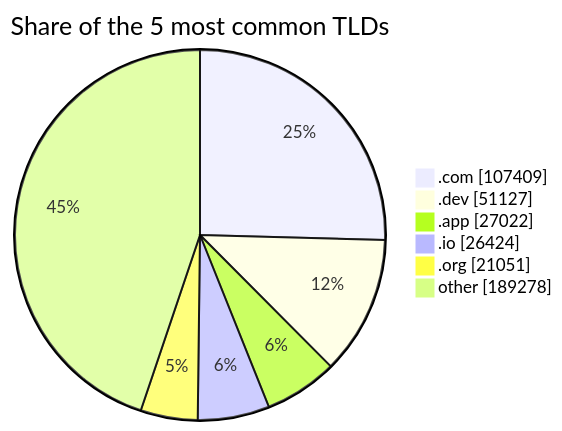
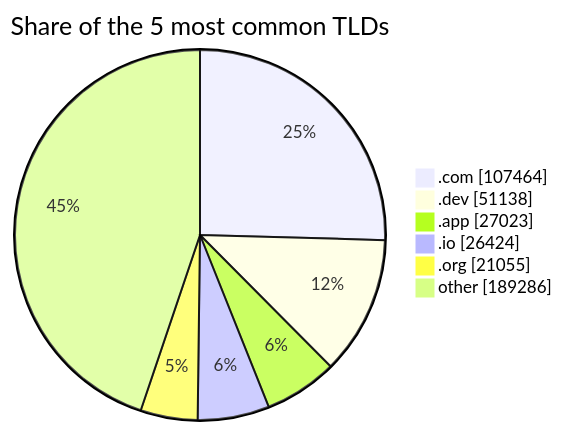
The third of 3 diagrams in README.md (DNSBunker/CTI), drawn with Mermaid before and after one commit. The commit also changed other lines of this file and 3 other files, not shown here.

````diff
--- a/README.md
+++ b/README.md
@@ -81,9 +81,9 @@
 ```mermaid
 pie showData title Share of the 5 most common TLDs
-    ".com" : 107409
-    ".dev" : 51127
-    ".app" : 27022
+    ".com" : 107464
+    ".dev" : 51138
+    ".app" : 27023
     ".io" : 26424
-    ".org" : 21051
-    "other" : 189278
+    ".org" : 21055
+    "other" : 189286
 ```
````
